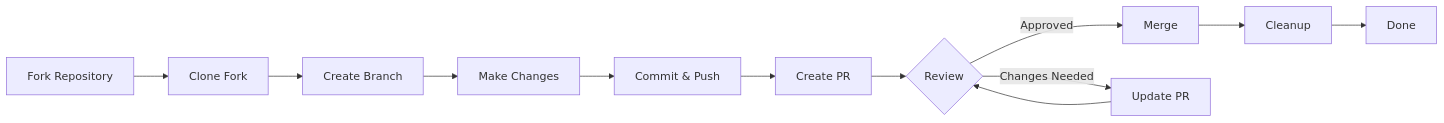
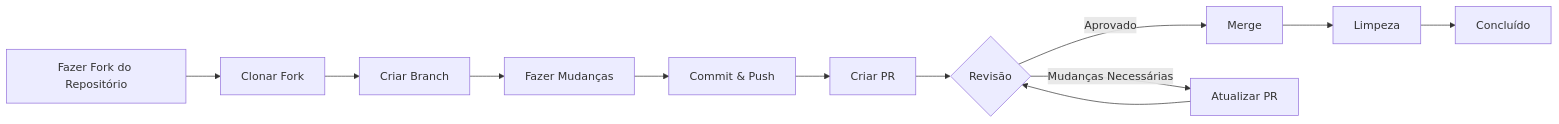
One commit to mambax7/xoops-docs changed the diagram in apps/docs-27/src/content/docs/pt/contributing/guidelines/workflow.md. Above: the diagram before and after it, drawn with Mermaid. The commit also changed other lines of this file and 162 other files, not shown here.

````diff
--- a/apps/docs-27/src/content/docs/pt/contributing/guidelines/workflow.md
+++ b/apps/docs-27/src/content/docs/pt/contributing/guidelines/workflow.md
@@ -363,14 +363,14 @@
 ```mermaid
 graph LR
-    A[Fork Repository] --> B[Clone Fork]
-    B --> C[Create Branch]
-    C --> D[Make Changes]
+    A[Fazer Fork do Repositório] --> B[Clonar Fork]
+    B --> C[Criar Branch]
+    C --> D[Fazer Mudanças]
     D --> E[Commit & Push]
-    E --> F[Create PR]
-    F --> G{Review}
-    G -->|Approved| H[Merge]
-    G -->|Changes Needed| I[Update PR]
+    E --> F[Criar PR]
+    F --> G{Revisão}
+    G -->|Aprovado| H[Merge]
+    G -->|Mudanças Necessárias| I[Atualizar PR]
     I --> G
-    H --> J[Cleanup]
-    J --> K[Done]
+    H --> J[Limpeza]
+    J --> K[Concluído]
 ```
````
